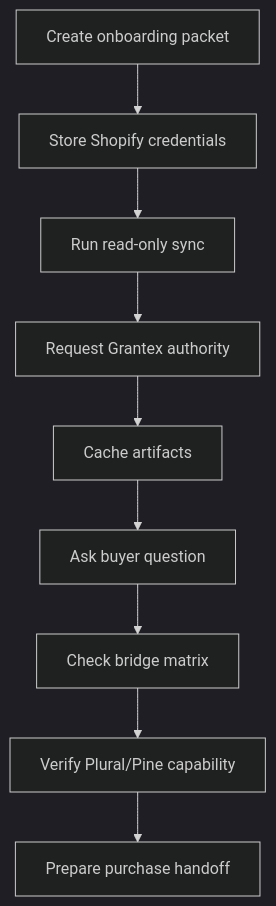
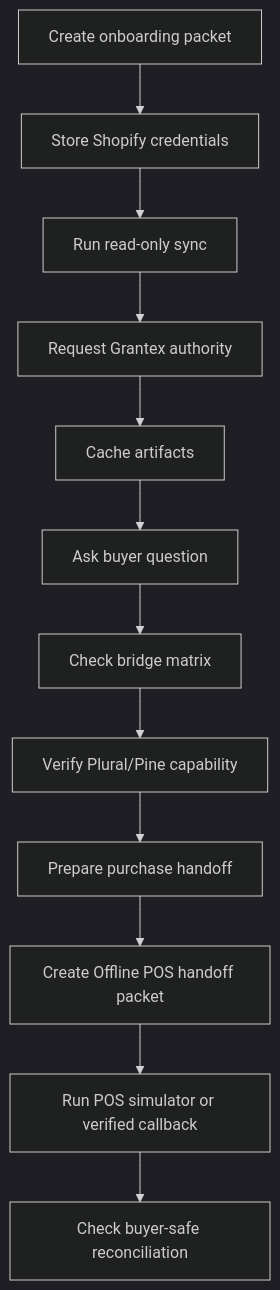
The diagram in docs/oacp/runtime-operations-runbook.md (mishrasanjeev/agentic-org), drawn with Mermaid (dark theme) before and after one commit. The commit also changed other lines of this file and 28 other files, not shown here.

Commit message:
Implement Offline POS Bridge runtime slice

````diff
--- a/docs/oacp/runtime-operations-runbook.md
+++ b/docs/oacp/runtime-operations-runbook.md
@@ -7,11 +7,14 @@
 ```mermaid
 flowchart TD
   packet[Create onboarding packet] --> creds[Store Shopify credentials]
   creds --> sync[Run read-only sync]
   sync --> authority[Request Grantex authority]
   authority --> cache[Cache artifacts]
   cache --> ask[Ask buyer question]
   ask --> bridge[Check bridge matrix]
   bridge --> provider[Verify Plural/Pine capability]
   provider --> purchase[Prepare purchase handoff]
+  purchase --> pos[Create Offline POS handoff packet]
+  pos --> confirm[Run POS simulator or verified callback]
+  confirm --> reconcile[Check buyer-safe reconciliation]
 ```
````
